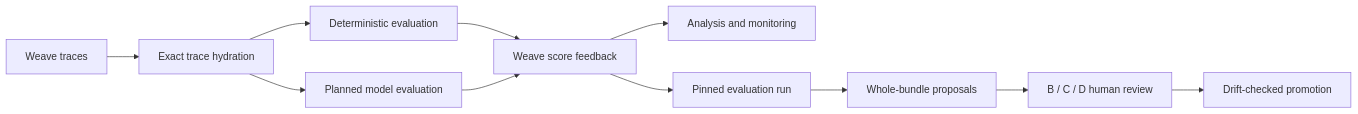
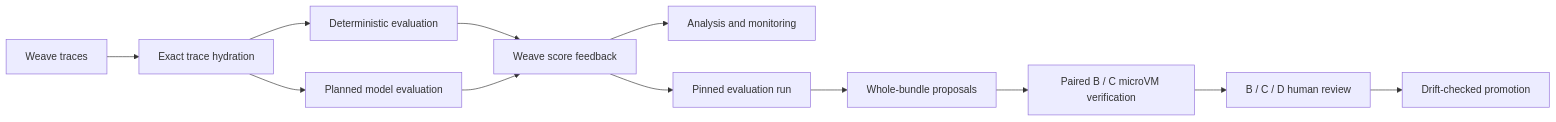
Before and after one commit to mattliu-mygit/Monopole: the diagram in specs/DESIGN.md, drawn with Mermaid. The commit also changed other lines of this file and 72 other files, not shown here.

````diff
--- a/specs/DESIGN.md
+++ b/specs/DESIGN.md
@@ -10,13 +10,14 @@
 ```mermaid
 flowchart LR
     A["Weave traces"] --> B["Exact trace hydration"]
     B --> C["Deterministic evaluation"]
     B --> D["Planned model evaluation"]
     C --> E["Weave score feedback"]
     D --> E
     E --> F["Analysis and monitoring"]
     E --> G["Pinned evaluation run"]
     G --> H["Whole-bundle proposals"]
-    H --> I["B / C / D human review"]
+    H --> P["Paired B / C microVM verification"]
+    P --> I["B / C / D human review"]
     I --> J["Drift-checked promotion"]
 ```
````
